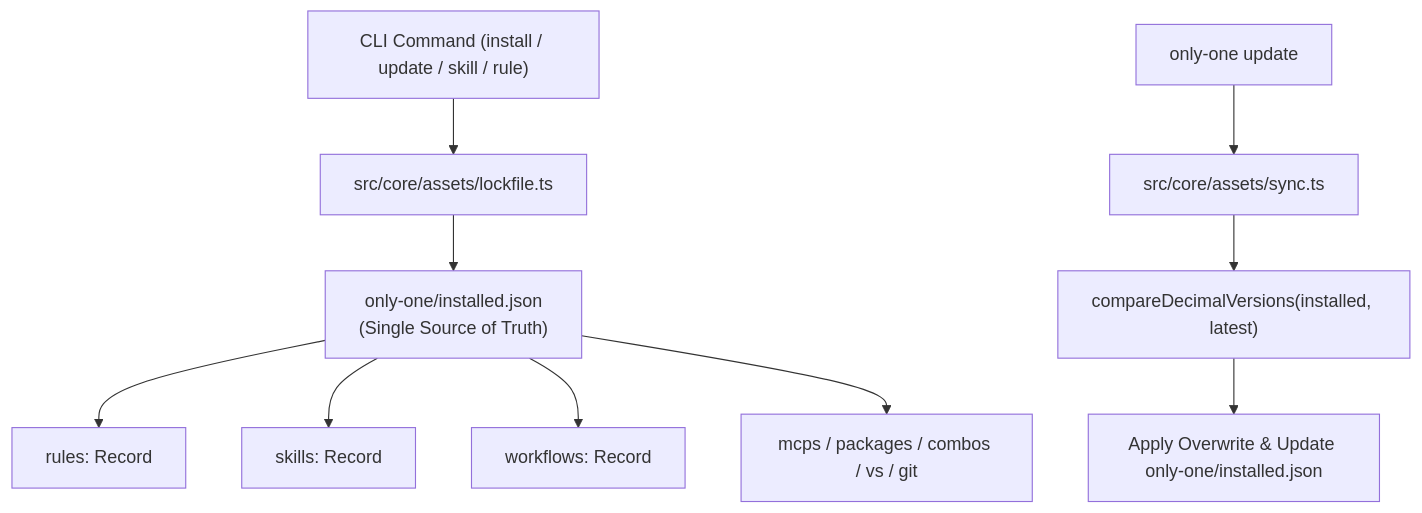
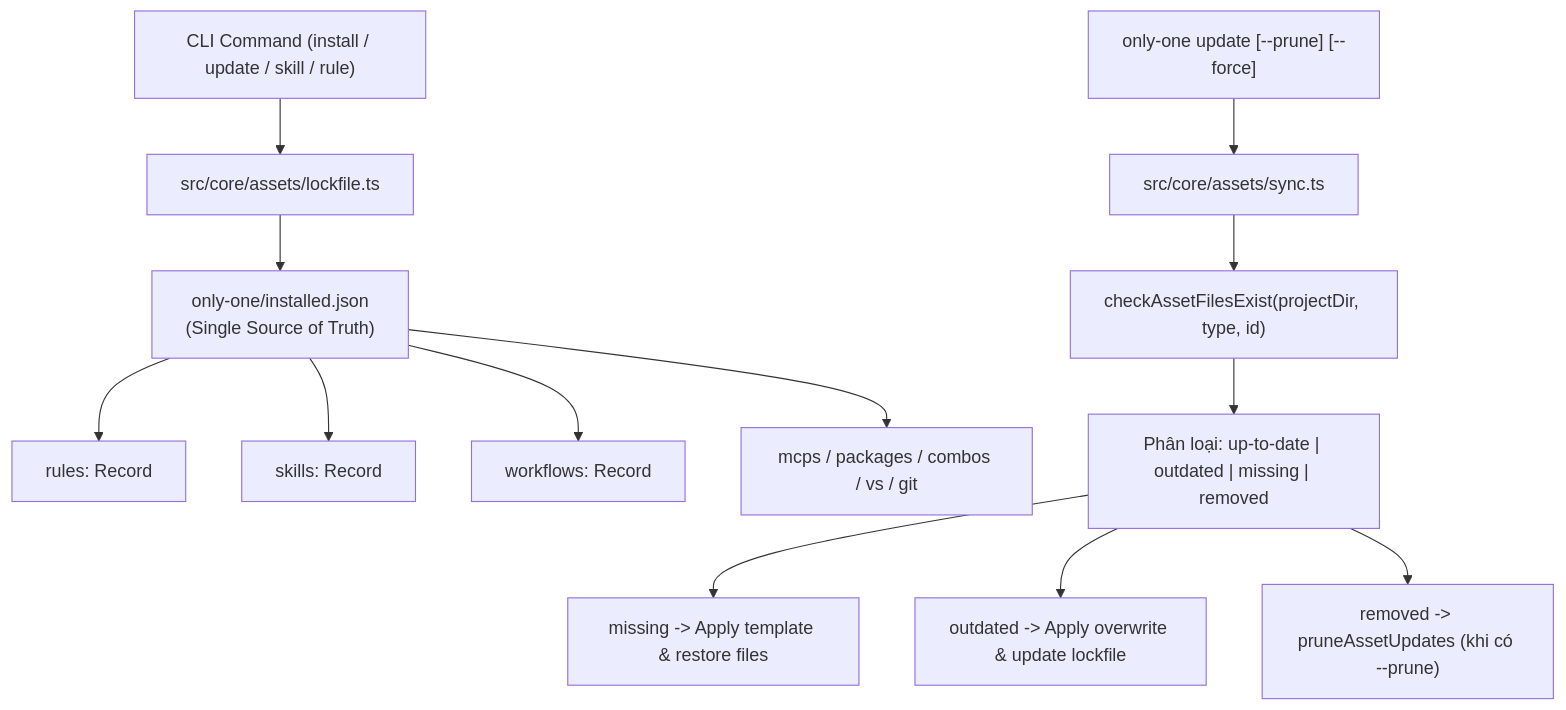
Before and after one commit to Personal-Source-SP/only-one-cli: the diagram in only-one/archives/20260903-111050-asset-versioning-and-unified-lockfile.md, drawn with Mermaid. The commit also changed other lines of this file and 12 other files, not shown here.

````diff
--- a/only-one/archives/20260903-111050-asset-versioning-and-unified-lockfile.md
+++ b/only-one/archives/20260903-111050-asset-versioning-and-unified-lockfile.md
@@ -40,13 +44,16 @@
 ```mermaid
 flowchart TD
     CLI["CLI Command (install / update / skill / rule)"] --> LockfileMgr["src/core/assets/lockfile.ts"]
     LockfileMgr --> SingleLock["only-one/installed.json\n(Single Source of Truth)"]
     SingleLock --> RulesState["rules: Record<string, InstalledAssetRecord>"]
     SingleLock --> SkillsState["skills: Record<string, InstalledAssetRecord & { remote?: RemoteSkillLockMeta } >"]
     SingleLock --> WorkflowsState["workflows: Record<string, InstalledAssetRecord>"]
     SingleLock --> OtherState["mcps / packages / combos / vs / git"]
     
-    UpdateCmd["only-one update"] --> SyncEngine["src/core/assets/sync.ts"]
-    SyncEngine --> Compare["compareDecimalVersions(installed, latest)"]
-    Compare --> Reconcile["Apply Overwrite & Update only-one/installed.json"]
+    UpdateCmd["only-one update [--prune] [--force]"] --> SyncEngine["src/core/assets/sync.ts"]
+    SyncEngine --> CheckDisk["checkAssetFilesExist(projectDir, type, id)"]
+    CheckDisk --> Compare["Phân loại: up-to-date | outdated | missing | removed"]
+    Compare --> AutoRestore["missing -> Apply template & restore files"]
+    Compare --> Reconcile["outdated -> Apply overwrite & update lockfile"]
+    Compare --> PruneOrphan["removed -> pruneAssetUpdates (khi có --prune)"]
 ```
````
